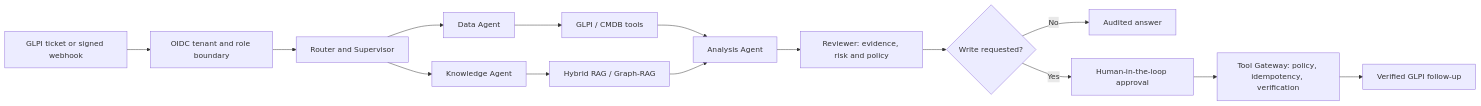
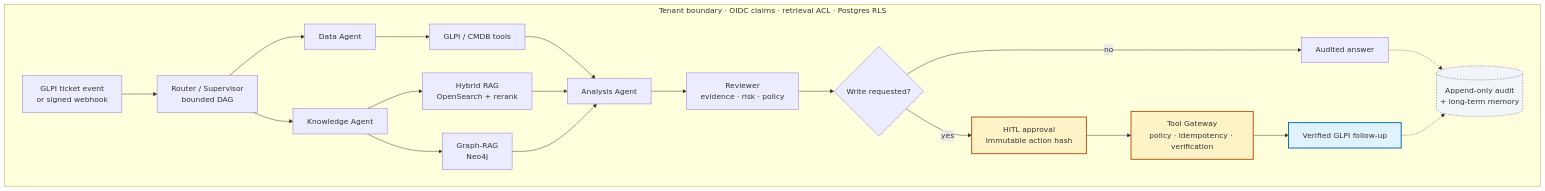
One commit to shark6438/servicemind changed the first of 2 diagrams in README.md. Above: the diagram before and after it, drawn with Mermaid. The commit also changed other lines of this file and 14 other files, not shown here.

````diff
--- a/README.md
+++ b/README.md
@@ -16,17 +21,29 @@
 ```mermaid
 flowchart LR
-    A[GLPI ticket or signed webhook] --> B[OIDC tenant and role boundary]
-    B --> C[Router and Supervisor]
-    C --> D[Data Agent]
-    C --> E[Knowledge Agent]
-    D --> F[GLPI / CMDB tools]
-    E --> G[Hybrid RAG / Graph-RAG]
-    F --> H[Analysis Agent]
-    G --> H
-    H --> I[Reviewer: evidence, risk and policy]
-    I --> J{Write requested?}
-    J -->|No| K[Audited answer]
-    J -->|Yes| L[Human-in-the-loop approval]
-    L --> M[Tool Gateway: policy, idempotency, verification]
-    M --> N[Verified GLPI follow-up]
+    subgraph B["Tenant boundary · OIDC claims · retrieval ACL · Postgres RLS"]
+        direction LR
+        A[GLPI ticket event<br/>or signed webhook] --> C[Router / Supervisor<br/>bounded DAG]
+        C --> D[Data Agent]
+        C --> E[Knowledge Agent]
+        D --> F[GLPI / CMDB tools]
+        E --> G[Hybrid RAG<br/>OpenSearch + rerank]
+        E --> G2[Graph-RAG<br/>Neo4j]
+        F --> H[Analysis Agent]
+        G --> H
+        G2 --> H
+        H --> I[Reviewer<br/>evidence · risk · policy]
+        I --> J{Write requested?}
+        J -->|no| K[Audited answer]
+        J -->|yes| L[HITL approval<br/>immutable action hash]
+        L --> M[Tool Gateway<br/>policy · idempotency · verification]
+        M --> N[Verified GLPI follow-up]
+        K -.-> X[(Append-only audit<br/>+ long-term memory)]
+        N -.-> X
+    end
+    classDef gate fill:#fef3c7,stroke:#b45309,stroke-width:2px
+    classDef write fill:#e0f2fe,stroke:#0369a1,stroke-width:2px
+    classDef sink fill:#f1f5f9,stroke:#475569,stroke-dasharray:3 3
+    class L,M gate
+    class N write
+    class X sink
 ```
````
